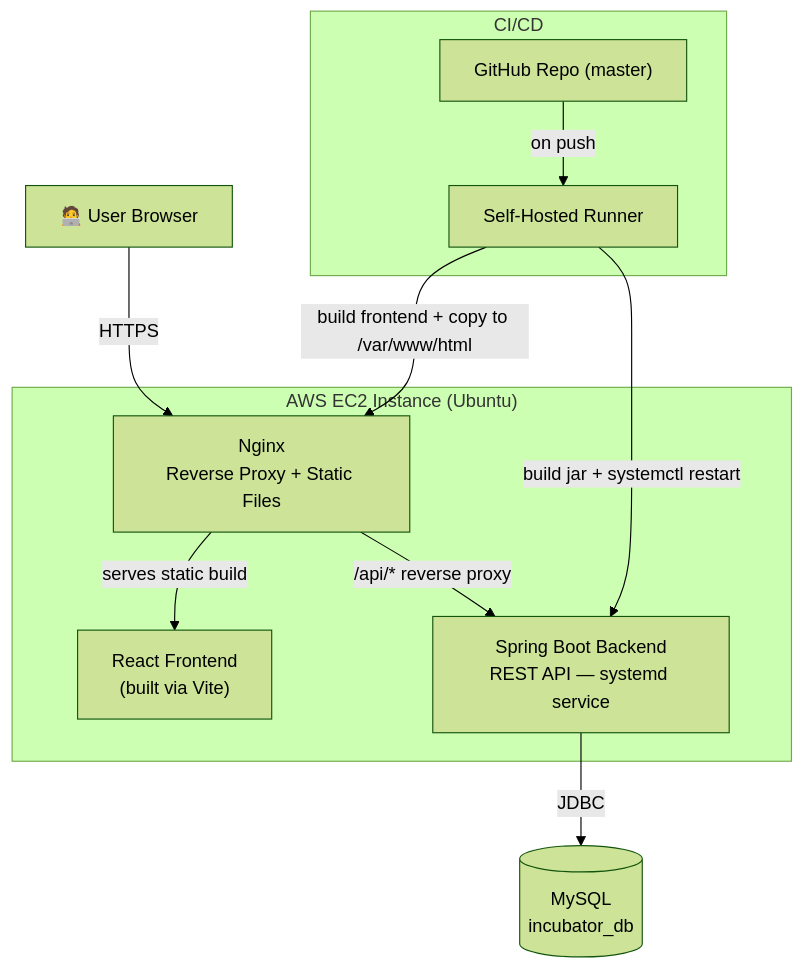
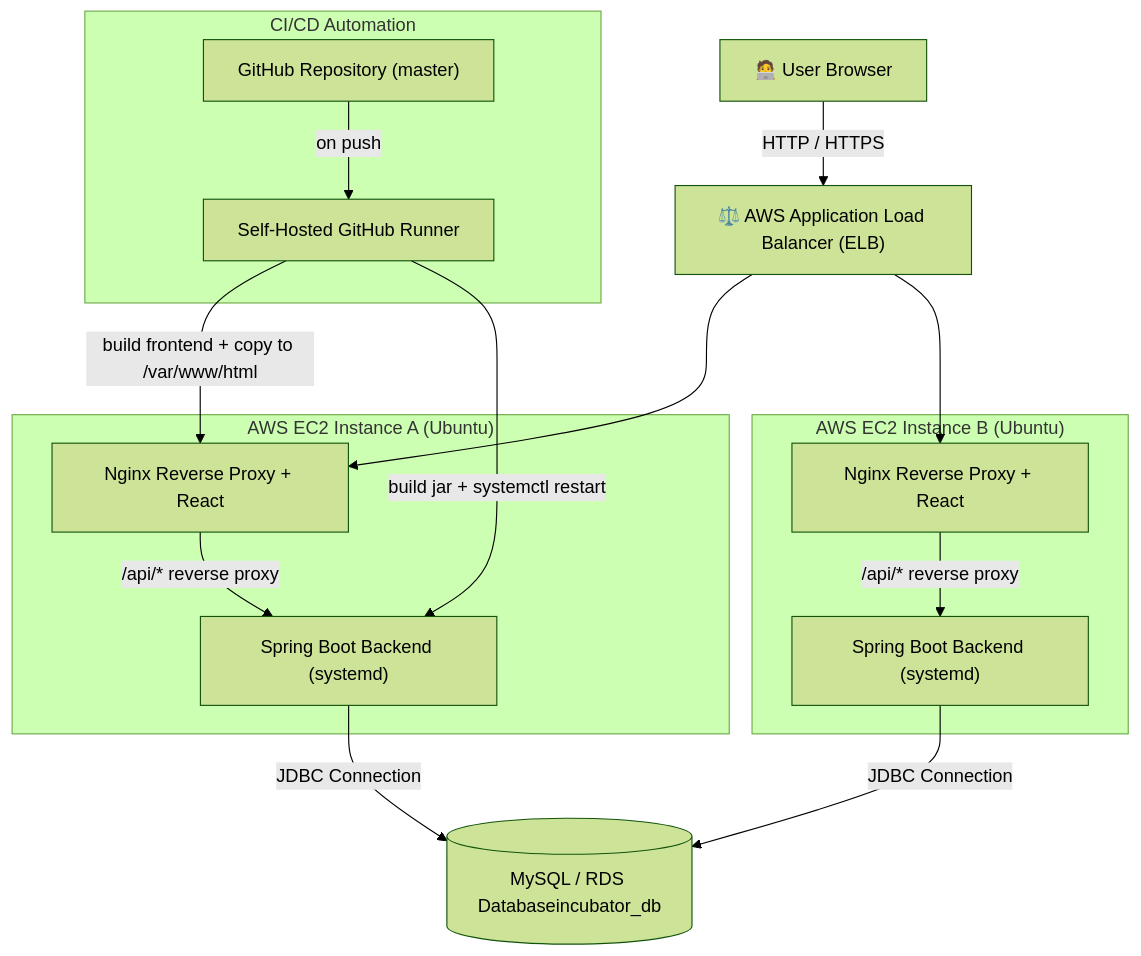
Before and after one commit to Nensibatra1122/my-incubator-complete-system: the diagram in README.md, drawn with Mermaid (forest theme). The commit also changed other lines of this file, not shown here.

````diff
--- a/README.md
+++ b/README.md
@@ -72,26 +77,34 @@
 ```mermaid
 graph TB
     U["🧑‍💻 User Browser"]
+    LB["⚖️ AWS Application Load Balancer (ELB)"]
 
-    subgraph EC2["AWS EC2 Instance (Ubuntu)"]
-        N["Nginx<br/>Reverse Proxy + Static Files"]
-        F["React Frontend<br/>(built via Vite)"]
-        B["Spring Boot Backend<br/>REST API — systemd service"]
+    subgraph EC2A["AWS EC2 Instance A (Ubuntu)"]
+        NA["Nginx Reverse Proxy + React"]
+        BA["Spring Boot Backend (systemd)"]
     end
 
-    D[("MySQL<br/>incubator_db")]
-
-    subgraph CICD["CI/CD"]
-        GH["GitHub Repo (master)"]
-        R["Self-Hosted Runner"]
+    subgraph EC2B["AWS EC2 Instance B (Ubuntu)"]
+        NB["Nginx Reverse Proxy + React"]
+        BB["Spring Boot Backend (systemd)"]
     end
 
-    U -->|HTTPS| N
-    N -->|serves static build| F
-    N -->|"/api/* reverse proxy"| B
-    B -->|JDBC| D
+    D[("MySQL / RDS Databaseincubator_db")]
+
+    subgraph CICD["CI/CD Automation"]
+        GH["GitHub Repository (master)"]
+        R["Self-Hosted GitHub Runner"]
+    end
+
+    U -->|HTTP / HTTPS| LB
+    LB --> NA
+    LB --> NB
+    NA -->|"/api/* reverse proxy"| BA
+    NB -->|"/api/* reverse proxy"| BB
+    BA -->|JDBC Connection| D
+    BB -->|JDBC Connection| D
 
     GH -->|"on push"| R
-    R -->|"build frontend + copy to /var/www/html"| N
-    R -->|"build jar + systemctl restart"| B
+    R -->|"build frontend + copy to /var/www/html"| NA
+    R -->|"build jar + systemctl restart"| BA
 ```
````
